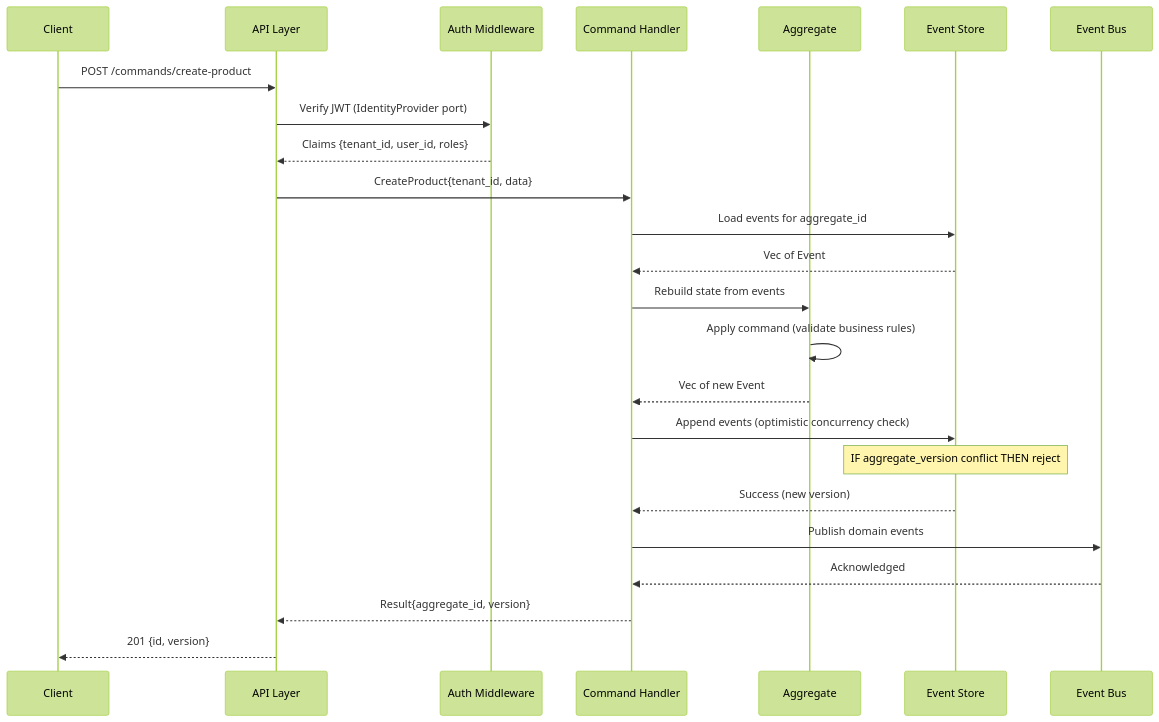
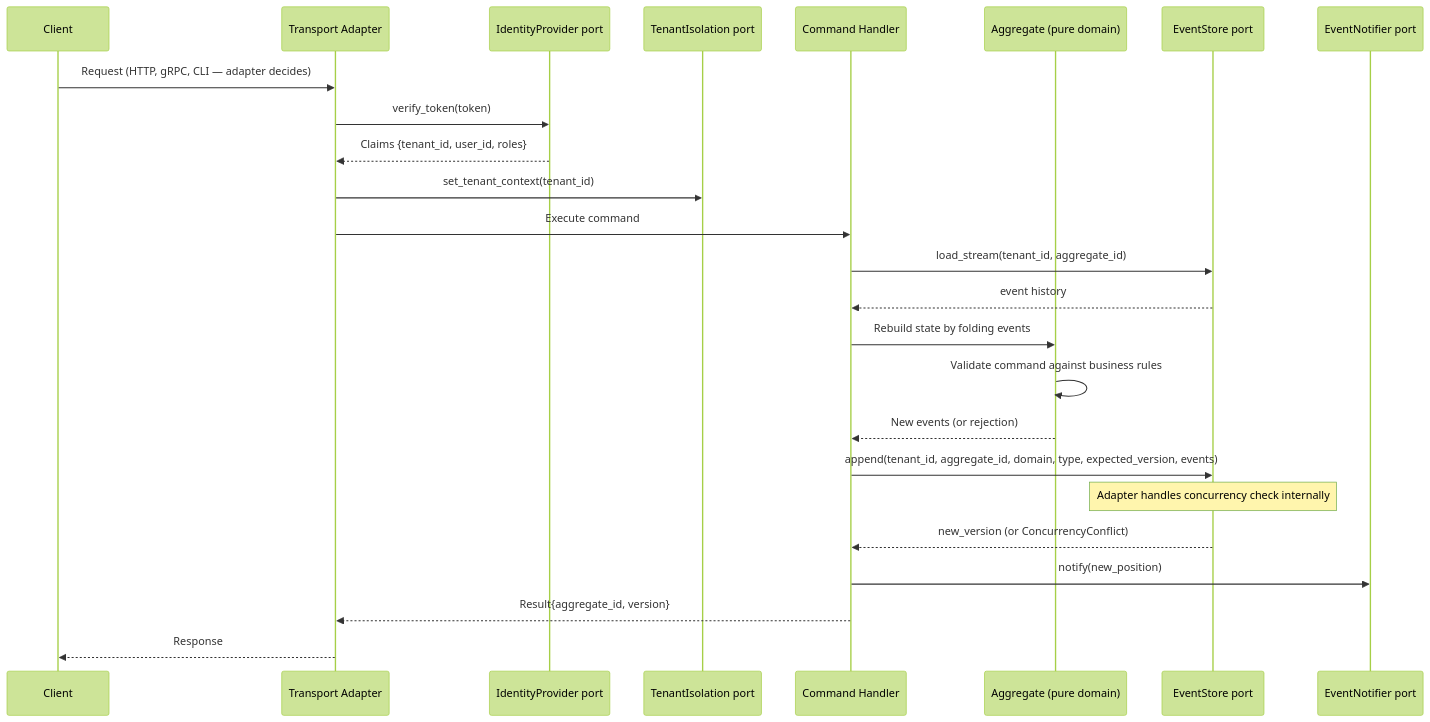
Before and after one commit to hlop3z/claude-ai-dangerous: the fourth of 17 diagrams in .claude/.notes/Event-Driven-System.md, drawn with Mermaid (forest theme). The commit also changed other lines of this file, not shown here.

````diff
--- a/.claude/.notes/Event-Driven-System.md
+++ b/.claude/.notes/Event-Driven-System.md
@@ -235,32 +921,33 @@
 ```mermaid
 sequenceDiagram
     participant Client
-    participant API as API Layer
-    participant Auth as Auth Middleware
+    participant API as Transport Adapter
+    participant Auth as IdentityProvider port
+    participant TI as TenantIsolation port
     participant Cmd as Command Handler
-    participant Agg as Aggregate
-    participant ES as Event Store
-    participant Bus as Event Bus
+    participant Agg as Aggregate (pure domain)
+    participant ES as EventStore port
+    participant Notifier as EventNotifier port
 
-    Client->>API: POST /commands/create-product
-    API->>Auth: Verify JWT (IdentityProvider port)
+    Client->>API: Request (HTTP, gRPC, CLI — adapter decides)
+    API->>Auth: verify_token(token)
     Auth-->>API: Claims {tenant_id, user_id, roles}
 
-    API->>Cmd: CreateProduct{tenant_id, data}
-    Cmd->>ES: Load events for aggregate_id
-    ES-->>Cmd: Vec of Event
+    API->>TI: set_tenant_context(tenant_id)
+    API->>Cmd: Execute command
 
-    Cmd->>Agg: Rebuild state from events
-    Agg->>Agg: Apply command (validate business rules)
-    Agg-->>Cmd: Vec of new Event
+    Cmd->>ES: load_stream(tenant_id, aggregate_id)
+    ES-->>Cmd: event history
 
-    Cmd->>ES: Append events (optimistic concurrency check)
-    Note over ES: IF aggregate_version conflict THEN reject
+    Cmd->>Agg: Rebuild state by folding events
+    Agg->>Agg: Validate command against business rules
+    Agg-->>Cmd: New events (or rejection)
 
-    ES-->>Cmd: Success (new version)
-    Cmd->>Bus: Publish domain events
-    Bus-->>Cmd: Acknowledged
+    Cmd->>ES: append(tenant_id, aggregate_id, domain, type, expected_version, events)
+    Note over ES: Adapter handles concurrency check internally
 
+    ES-->>Cmd: new_version (or ConcurrencyConflict)
+    Cmd->>Notifier: notify(new_position)
     Cmd-->>API: Result{aggregate_id, version}
-    API-->>Client: 201 {id, version}
+    API-->>Client: Response
 ```
````
